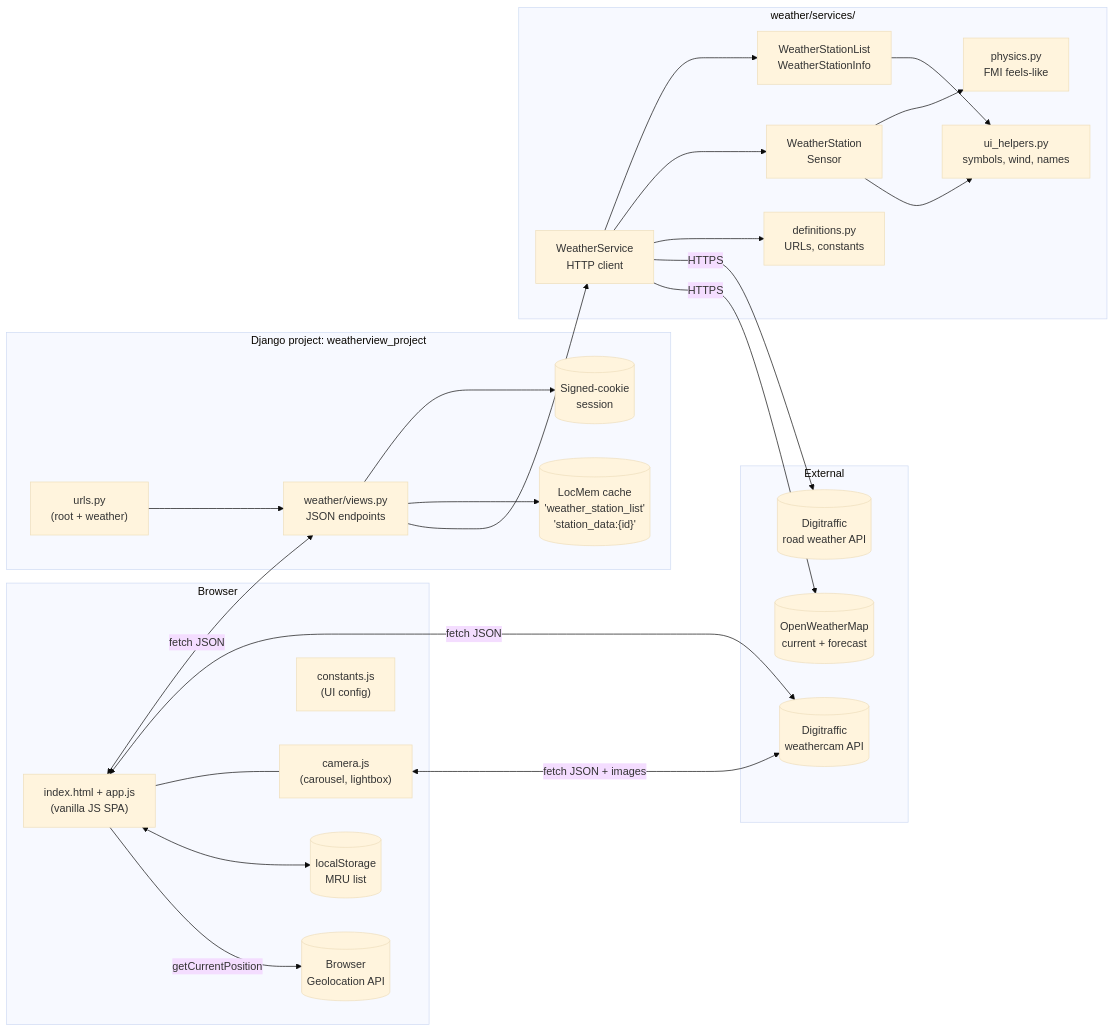
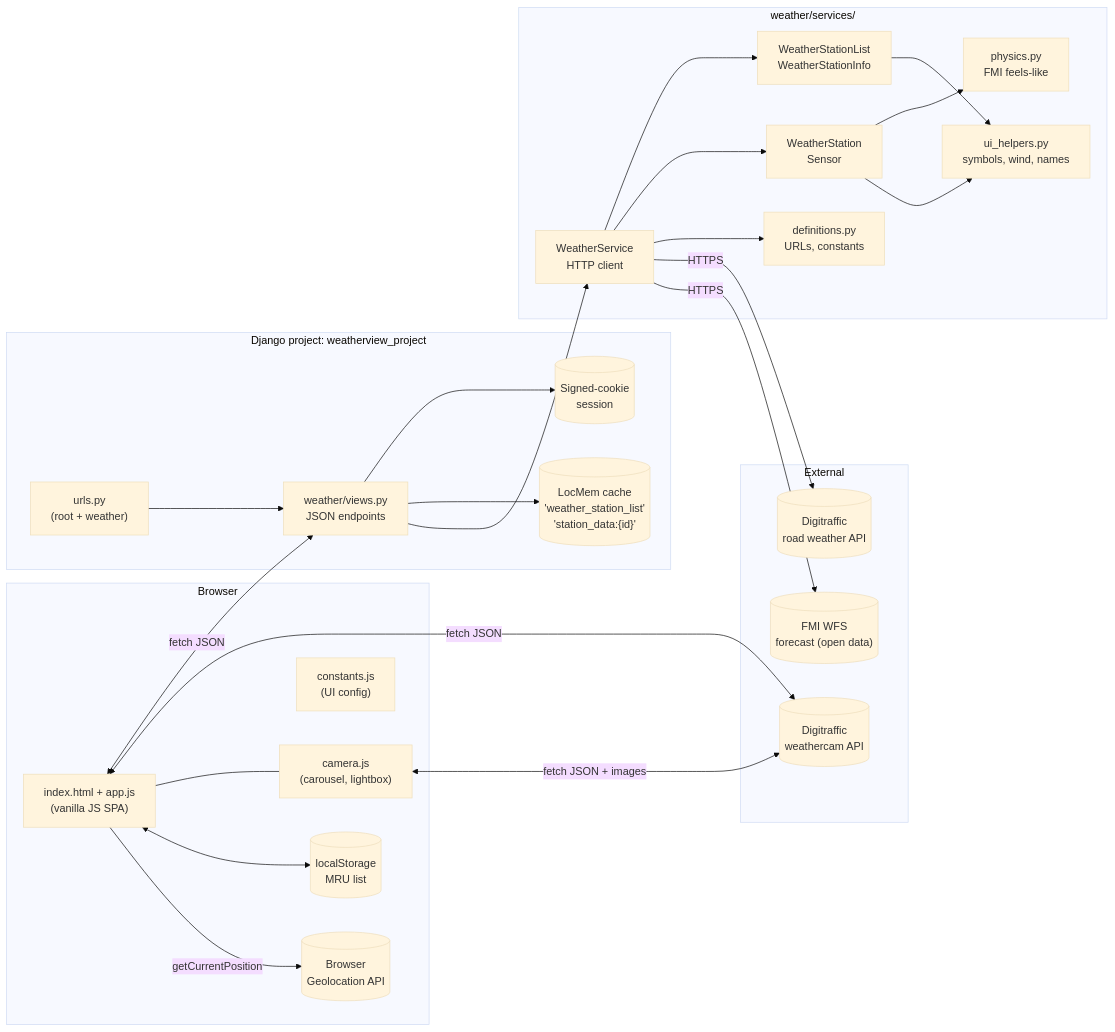
One commit to jjankkil/weatherview-django changed the first of 9 diagrams in docs/ARCHITECTURE.md. Above: the diagram before and after it, drawn with Mermaid (base theme). The commit also changed other lines of this file and 12 other files, not shown here.

Commit message:
Change forecast service provider to FMI

````diff
--- a/docs/ARCHITECTURE.md
+++ b/docs/ARCHITECTURE.md
@@ -20,51 +20,51 @@
 ```mermaid
 flowchart LR
     subgraph Browser
         UI["index.html + app.js<br/>(vanilla JS SPA)"]
         CAM["camera.js<br/>(carousel, lightbox)"]
         CONST["constants.js<br/>(UI config)"]
         LS[("localStorage<br/>MRU list")]
         GEO[("Browser<br/>Geolocation API")]
     end
 
     subgraph Django["Django project: weatherview_project"]
         URLS["urls.py<br/>(root + weather)"]
         VIEWS["weather/views.py<br/>JSON endpoints"]
         SESSION[("Signed-cookie<br/>session")]
         CACHE[("LocMem cache<br/>'weather_station_list'<br/>'station_data:{id}'")]
     end
 
     subgraph Services["weather/services/"]
         WS["WeatherService<br/>HTTP client"]
         SL["WeatherStationList<br/>WeatherStationInfo"]
         WST["WeatherStation<br/>Sensor"]
         PHY["physics.py<br/>FMI feels-like"]
         UIH["ui_helpers.py<br/>symbols, wind, names"]
         DEF["definitions.py<br/>URLs, constants"]
     end
 
     subgraph External
         DT[("Digitraffic<br/>road weather API")]
         DTCam[("Digitraffic<br/>weathercam API")]
-        OWM[("OpenWeatherMap<br/>current + forecast")]
+        FMI_WFS[("FMI WFS<br/>forecast (open data)")]
     end
 
     UI <-->|fetch JSON| VIEWS
     UI <-->|fetch JSON| DTCam
     UI --- CAM
     CAM <-->|fetch JSON + images| DTCam
     UI <--> LS
     UI -->|getCurrentPosition| GEO
     URLS --> VIEWS
     VIEWS --> SESSION
     VIEWS --> CACHE
     VIEWS --> WS
     WS --> SL
     WS --> WST
     WST --> PHY
     WST --> UIH
     SL --> UIH
     WS --> DEF
     WS -->|HTTPS| DT
-    WS -->|HTTPS| OWM
+    WS -->|HTTPS| FMI_WFS
 ```
````
